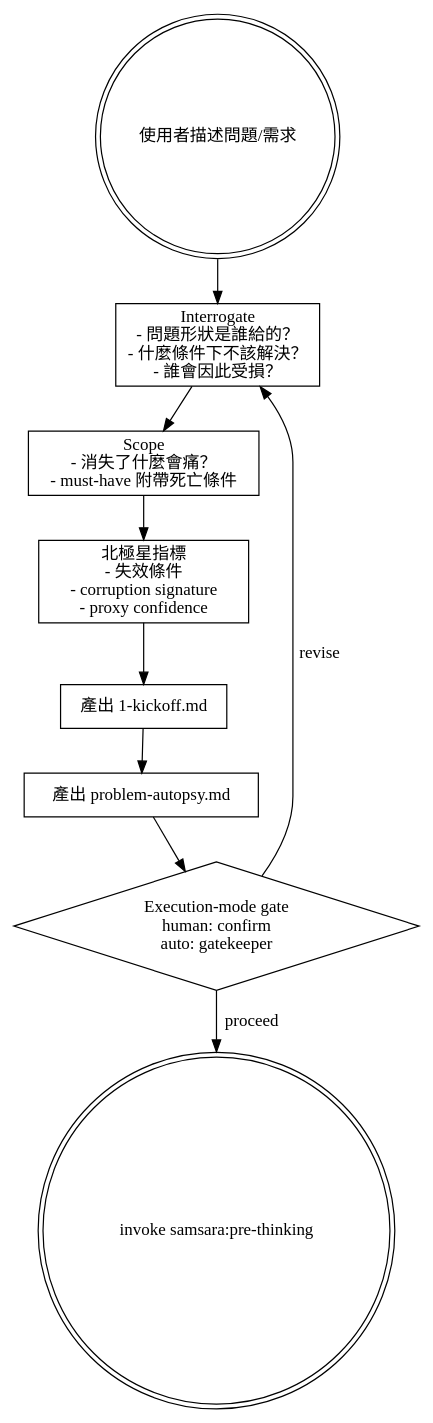
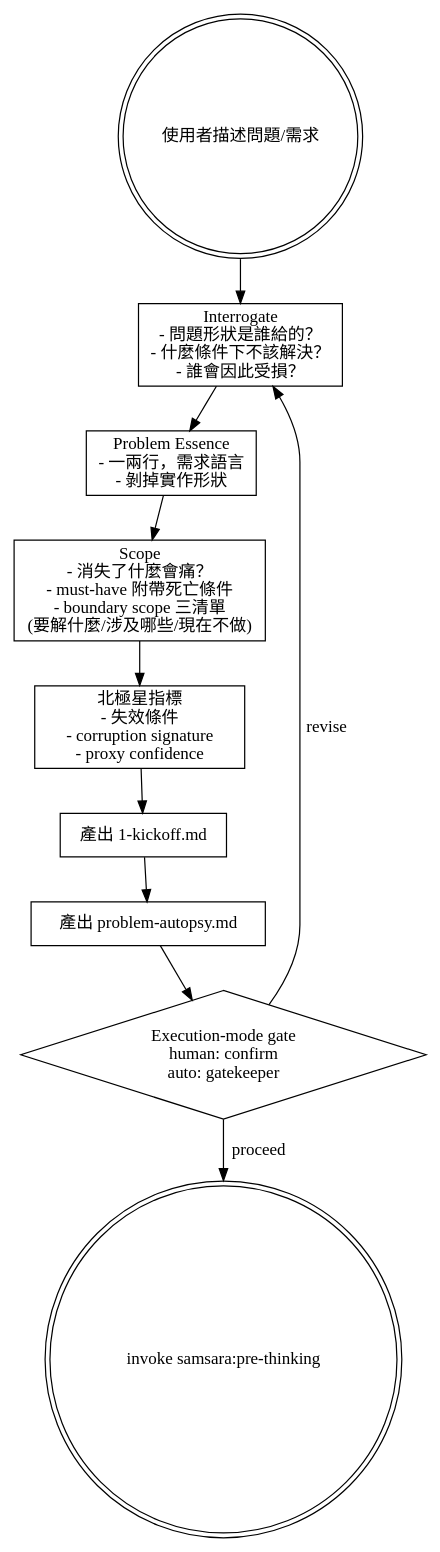
Before and after one commit to roymondliao/samsara: the diagram in skills/research/SKILL.md, drawn with Graphviz. The commit also changed other lines of this file and 17 other files, not shown here.

````diff
--- a/skills/research/SKILL.md
+++ b/skills/research/SKILL.md
@@ -14,23 +14,25 @@
 ```dot
 digraph research {
     node [shape=box];
 
     start [label="使用者描述問題/需求" shape=doublecircle];
     interrogate [label="Interrogate\n- 問題形狀是誰給的？\n- 什麼條件下不該解決？\n- 誰會因此受損？"];
-    scope [label="Scope\n- 消失了什麼會痛？\n- must-have 附帶死亡條件"];
+    essence [label="Problem Essence\n- 一兩行，需求語言\n- 剝掉實作形狀"];
+    scope [label="Scope\n- 消失了什麼會痛？\n- must-have 附帶死亡條件\n- boundary scope 三清單\n(要解什麼/涉及哪些/現在不做)"];
     north_star [label="北極星指標\n- 失效條件\n- corruption signature\n- proxy confidence"];
     output_kickoff [label="產出 1-kickoff.md"];
     output_autopsy [label="產出 problem-autopsy.md"];
     gate [label="Execution-mode gate\nhuman: confirm\nauto: gatekeeper" shape=diamond];
     next [label="invoke samsara:pre-thinking" shape=doublecircle];
 
     start -> interrogate;
-    interrogate -> scope;
+    interrogate -> essence;
+    essence -> scope;
     scope -> north_star;
     north_star -> output_kickoff;
     output_kickoff -> output_autopsy;
     output_autopsy -> gate;
     gate -> next [label="proceed"];
     gate -> interrogate [label="revise"];
 }
 ```
````
